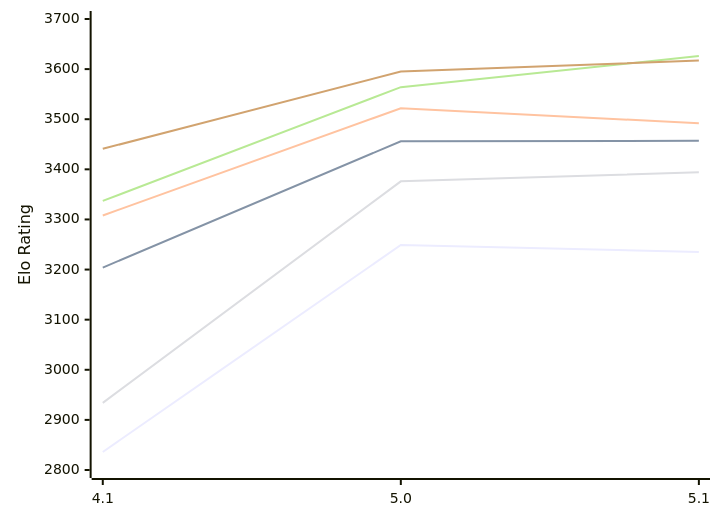
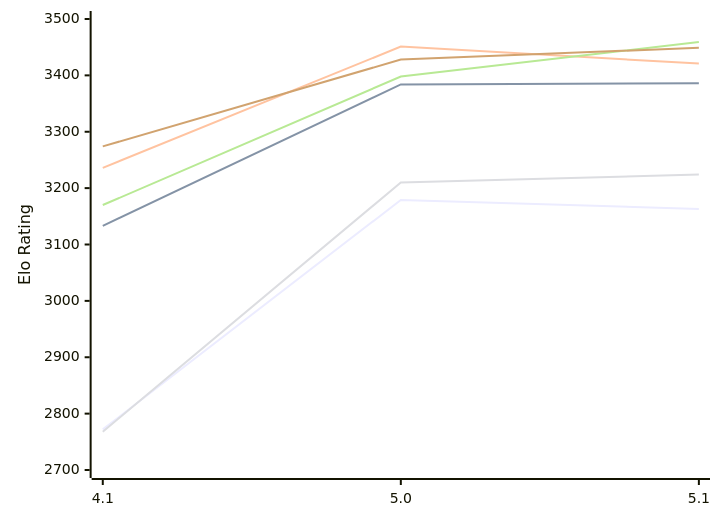
Before and after one commit to computer-chess-index/cci: the diagram in engines/NarcNext.md, drawn with Mermaid. The commit also changed other lines of this file, not shown here.

Commit message:
Update CCI Ratings (ELO VLTC) - 2026-11-13

````diff
--- a/engines/NarcNext.md
+++ b/engines/NarcNext.md
@@ -51,12 +51,12 @@
 ```mermaid
 %%{init: {"theme":"base","themeVariables":{"seriesColors:['#a3a3a3','#222221','#faa371']}}}%%
 xychart-beta
   x-axis ["4.1", "5.0", "5.1"]
-  y-axis "Elo Rating" 2800 --> 3700
-  line "E1: STC (8.0+0.08s)" [2836, 3249, 3235]
-  line "E1: LTC (60.0+0.60s)" [3204, 3456, 3457]
-  line "E1: VLTC (2m24s+1.12s)" [3308, 3522, 3492]
-  line "P1: STC (8.0+0.08s)" [2934, 3376, 3394]
-  line "P1: LTC (60.0+0.60s)" [3337, 3564, 3626]
-  line "P1: VLTC (2m24s+1.12s)" [3441, 3595, 3617]
+  y-axis "Elo Rating" 2700 --> 3500
+  line "E1: STC (8.0+0.08s)" [2772, 3179, 3163]
+  line "E1: LTC (60.0+0.60s)" [3133, 3384, 3386]
+  line "E1: VLTC (2m24s+1.12s)" [3236, 3451, 3421]
+  line "P1: STC (8.0+0.08s)" [2768, 3210, 3224]
+  line "P1: LTC (60.0+0.60s)" [3170, 3398, 3459]
+  line "P1: VLTC (2m24s+1.12s)" [3274, 3428, 3449]
 ```
````
